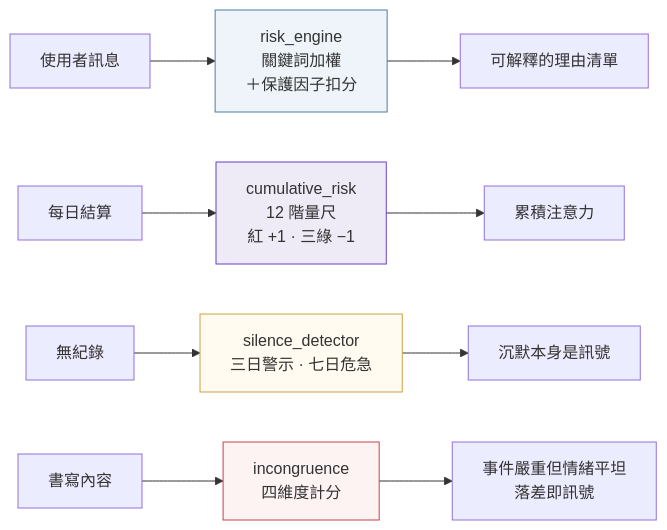
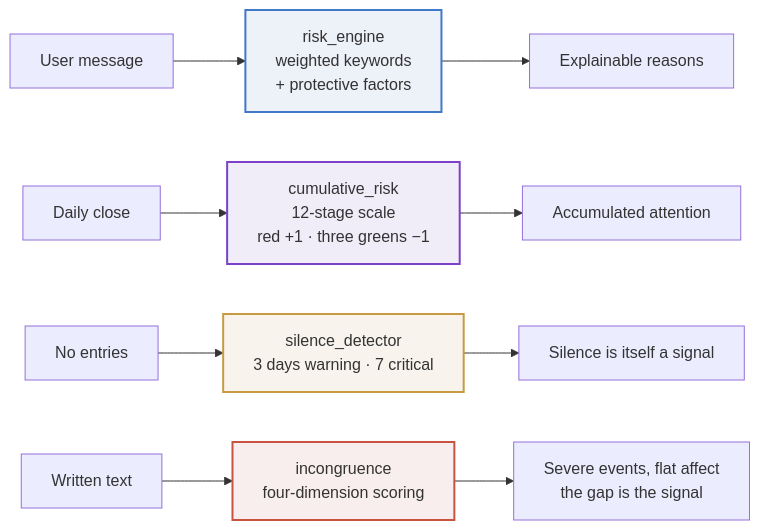
The second of 3 diagrams in README.md (acacapcs-star/lii), drawn with Mermaid before and after one commit. The commit also changed other lines of this file and 1 other file, not shown here.

Commit message:
docs: diagrams use the app palette, strictly bilingual

````diff
--- a/README.md
+++ b/README.md
@@ -741,19 +683,19 @@
 ```mermaid
 flowchart LR
-    M["使用者訊息"] --> RE["risk_engine<br/>關鍵詞加權<br/>＋保護因子扣分"]
-    RE --> RES["可解釋的理由清單"]
+    M["User message"] --> RE["risk_engine<br/>weighted keywords<br/>+ protective factors"]
+    RE --> RES["Explainable reasons"]
 
-    D["每日結算"] --> CR["cumulative_risk<br/>12 階量尺<br/>紅 +1 · 三綠 −1"]
-    CR --> CRS["累積注意力"]
+    D["Daily close"] --> CR["cumulative_risk<br/>12-stage scale<br/>red +1 · three greens −1"]
+    CR --> CRS["Accumulated attention"]
 
-    N["無紀錄"] --> SD["silence_detector<br/>三日警示 · 七日危急"]
-    SD --> SDS["沉默本身是訊號"]
+    N["No entries"] --> SD["silence_detector<br/>3 days warning · 7 critical"]
+    SD --> SDS["Silence is itself a signal"]
 
-    W["書寫內容"] --> IC["incongruence<br/>四維度計分"]
-    IC --> ICS["事件嚴重但情緒平坦<br/>落差即訊號"]
+    W["Written text"] --> IC["incongruence<br/>four-dimension scoring"]
+    IC --> ICS["Severe events, flat affect<br/>the gap is the signal"]
 
-    style RE fill:#eef4f9,stroke:#4a7fa5
-    style CR fill:#eeeaf6,stroke:#6a41c8
-    style SD fill:#fffbf0,stroke:#c8a341
-    style IC fill:#fdf3f3,stroke:#c84147
+    style RE fill:#EDF1F8,stroke:#4179C8,stroke-width:2px
+    style CR fill:#F1EDF8,stroke:#7C41C8,stroke-width:2px
+    style SD fill:#F8F4ED,stroke:#C89B41,stroke-width:2px
+    style IC fill:#F8EEED,stroke:#C85341,stroke-width:2px
 ```
````
